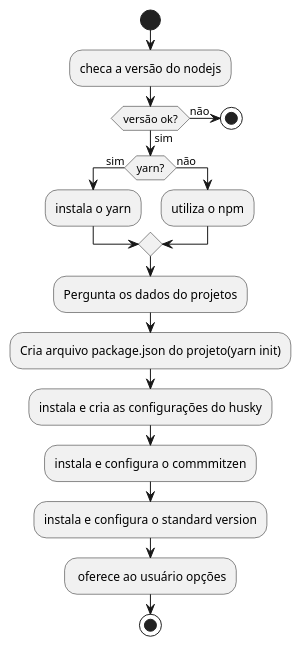
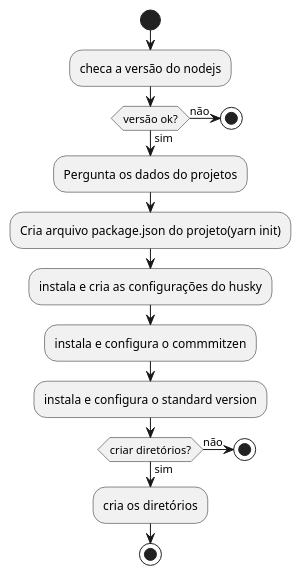
One commit to projetos-de-software/organizer changed the diagram in docs/backlog/01 - Sprint 01.md. Above: the diagram before and after it, drawn with PlantUML. The commit also changed other lines of this file and 13 other files, not shown here.

````diff
--- a/docs/backlog/01 - Sprint 01.md
+++ b/docs/backlog/01 - Sprint 01.md
@@ -25,27 +25,21 @@
 ```plantuml
 @startuml
 start
 :checa a versão do nodejs;
 if (versão ok?) then (sim)
-  if (yarn?) then (sim)
-    :instala o yarn;
-  else (não)
-    :utiliza o npm; 
-  endif
-
   :Pergunta os dados do projetos; 
   :Cria arquivo package.json do projeto(yarn init); 
   :instala e cria as configurações do husky;
   :instala e configura o commmitzen; 
   :instala e configura o standard version;
-
 else (não)
 stop
 endif
-
-: oferece ao usuário opções;
-
-
+if (criar diretórios?) then (sim)
+  :cria os diretórios;
+else (não)
+stop
+endif
 stop
 @enduml
 ```
````
